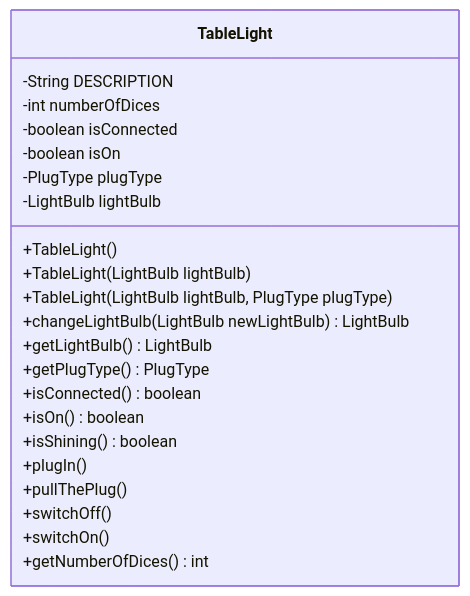
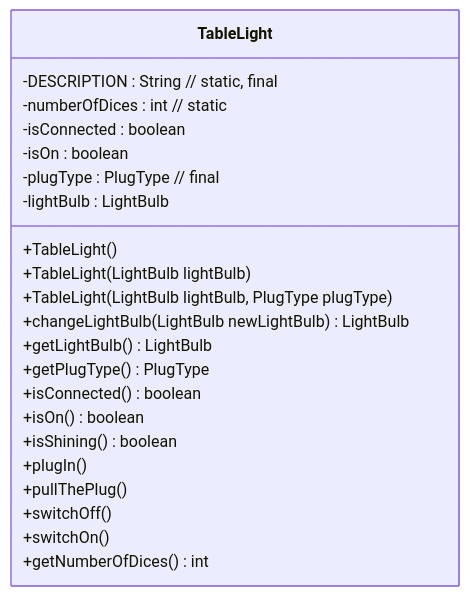
One commit to wielandjan/java_helloWorld_1 changed the diagram in scr/model/classdia.md. Above: the diagram before and after it, drawn with Mermaid.

Commit message:
modified:   scr/model/classdia.md

````diff
--- a/scr/model/classdia.md
+++ b/scr/model/classdia.md
@@ -1,25 +1,25 @@
 ```mermaid
 classDiagram
     class TableLight {
         +TableLight()
         +TableLight(LightBulb lightBulb)
         +TableLight(LightBulb lightBulb, PlugType plugType)
         +changeLightBulb(LightBulb newLightBulb) LightBulb
         +getLightBulb() LightBulb
         +getPlugType() PlugType
         +isConnected() boolean
         +isOn() boolean
         +isShining() boolean
         +plugIn()
         +pullThePlug()
         +switchOff()
         +switchOn()
         +getNumberOfDices() int
-        -String DESCRIPTION
-        -int numberOfDices
-        -boolean isConnected
-        -boolean isOn
-        -PlugType plugType
-        -LightBulb lightBulb
+        -DESCRIPTION : String // static, final
+        -numberOfDices : int // static
+        -isConnected : boolean
+        -isOn : boolean
+        -plugType : PlugType // final
+        -lightBulb : LightBulb
     }
 ```
````
